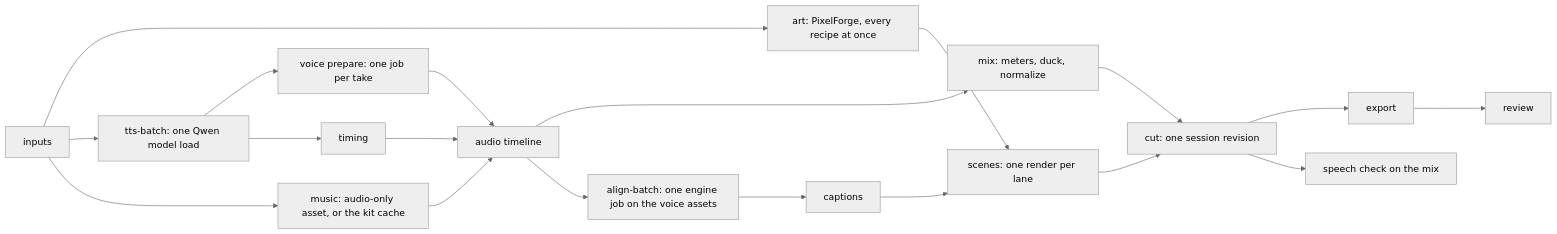
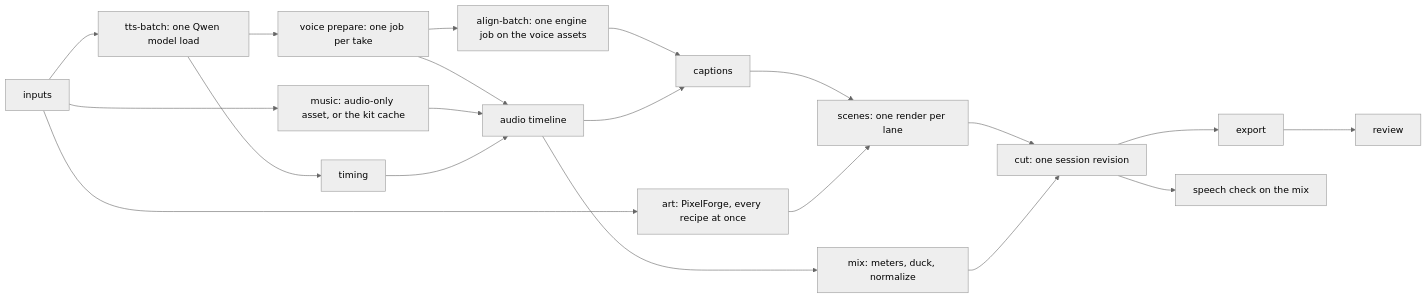
One commit to skulitom/Cutbolt changed the diagram in docs/PRODUCTION.md. Above: the diagram before and after it, drawn with Mermaid (neutral theme). The commit also changed other lines of this file and 13 other files, not shown here.

````diff
--- a/docs/PRODUCTION.md
+++ b/docs/PRODUCTION.md
@@ -129,21 +129,22 @@
 ```mermaid
 flowchart LR
     I[inputs] --> A[art: PixelForge, every recipe at once]
     I --> T[tts-batch: one Qwen model load]
     I --> M[music: audio-only asset, or the kit cache]
     T --> V[voice prepare: one job per take]
     T --> TM[timing]
     V --> AU[audio timeline]
     M --> AU
     TM --> AU
     AU --> X[mix: meters, duck, normalize]
-    AU --> L[align-batch: one engine job on the voice assets]
+    V --> L[align-batch: one engine job on the voice assets]
     L --> C[captions]
+    AU --> C
     C --> S[scenes: one render per lane]
     A --> S
     S --> CUT[cut: one session revision]
     X --> CUT
     CUT --> E[export]
     CUT --> SP[speech check on the mix]
     E --> R[review]
 ```
````
